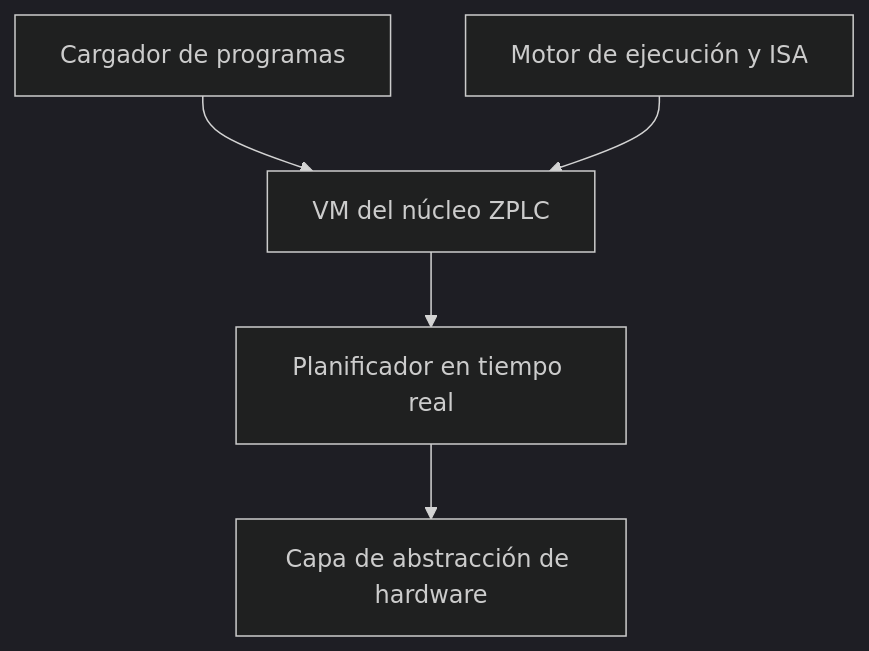
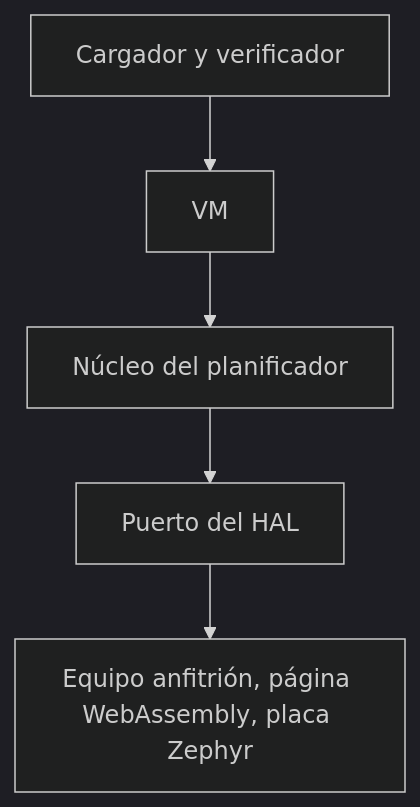
One commit to eduardojvieira/ZPLC changed the diagram in docs/i18n/es/docusaurus-plugin-content-docs/current/runtime/index.md. Above: the diagram before and after it, drawn with Mermaid (dark theme). The commit also changed other lines of this file and 11 other files, not shown here.

Commit message:
docs(runtime): rewrite the architecture, runtime overview, scheduler, memory model, persistence and HAL pages

````diff
--- a/docs/i18n/es/docusaurus-plugin-content-docs/current/runtime/index.md
+++ b/docs/i18n/es/docusaurus-plugin-content-docs/current/runtime/index.md
@@ -26,13 +24,7 @@
 ```mermaid
 flowchart TD
-  Loader[Cargador de programas]
-  Core[VM del núcleo ZPLC]
-  Sched[Planificador en tiempo real]
-  ISA[Motor de ejecución y ISA]
-  HAL[Capa de abstracción de hardware]
-
-  Loader --> Core
-  ISA --> Core
-  Core --> Sched
-  Sched --> HAL
+  Loader[Cargador y verificador] --> VM[VM]
+  VM --> Sched[Núcleo del planificador]
+  Sched --> HAL[Puerto del HAL]
+  HAL --> Platform[Equipo anfitrión, página WebAssembly, placa Zephyr]
 ```
````
